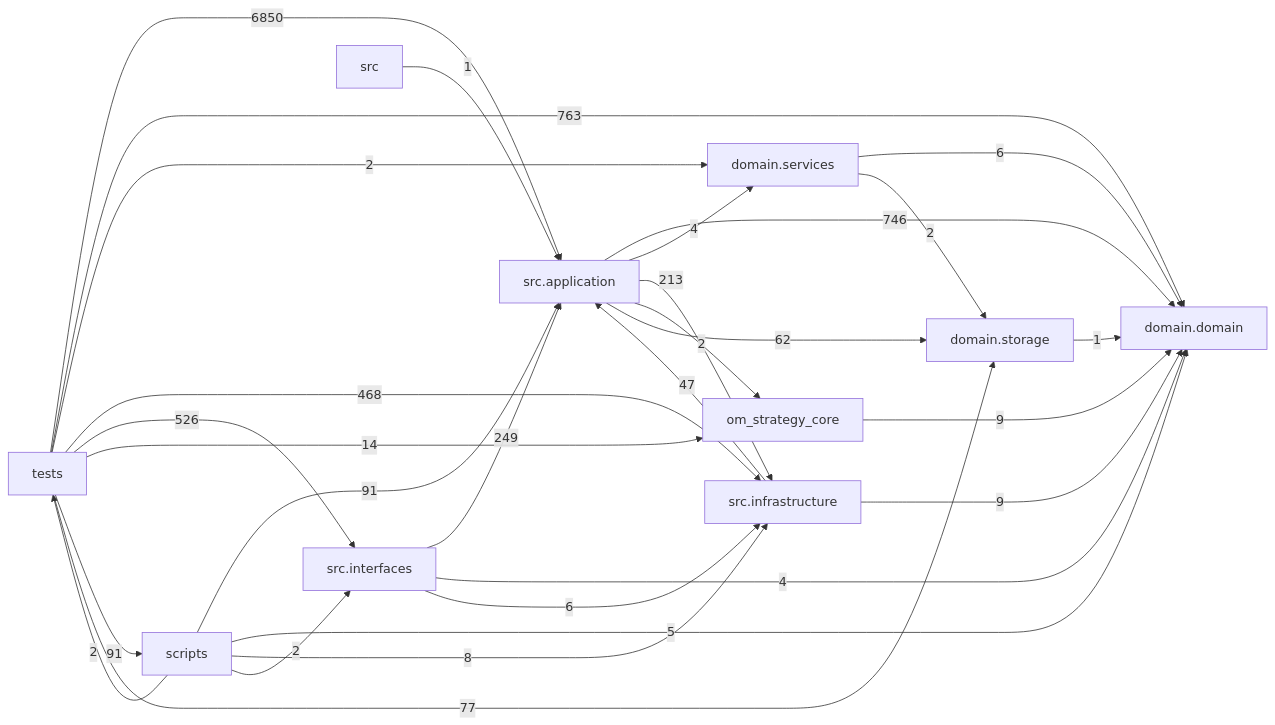
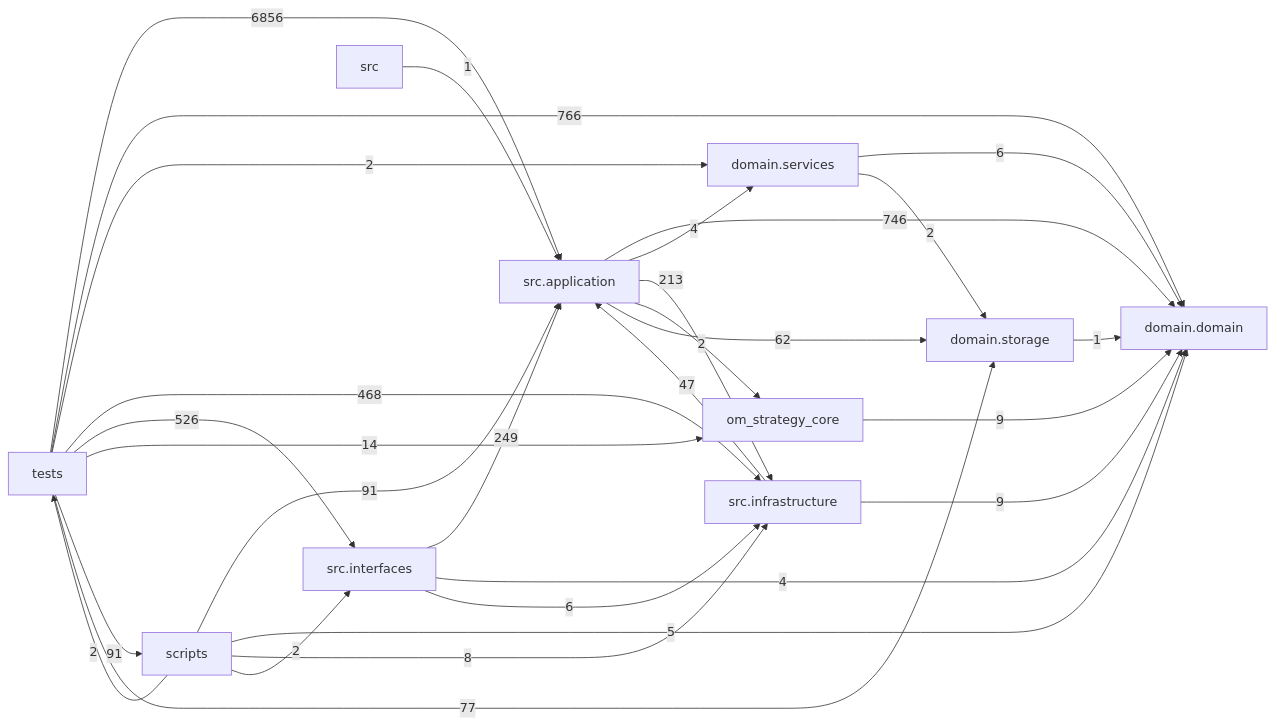
The diagram in docs/DEPENDENCY_GRAPH.md (liuxie066/options-monitor), drawn with Mermaid before and after one commit. The commit also changed other lines of this file and 8 other files, not shown here.

````diff
--- a/docs/DEPENDENCY_GRAPH.md
+++ b/docs/DEPENDENCY_GRAPH.md
@@ -24,39 +24,39 @@
 ```mermaid
 flowchart LR
   tests["tests"]
   scripts["scripts"]
   interfaces["src.interfaces"]
   application["src.application"]
   infrastructure["src.infrastructure"]
   domain_services["domain.services"]
   domain["domain.domain"]
   storage["domain.storage"]
   application -->|746| domain
   application -->|4| domain_services
   application -->|213| infrastructure
   application -->|2| om_strategy_core
   application -->|62| storage
   domain_services -->|6| domain
   domain_services -->|2| storage
   infrastructure -->|47| application
   infrastructure -->|9| domain
   interfaces -->|249| application
   interfaces -->|4| domain
   interfaces -->|6| infrastructure
   om_strategy_core -->|9| domain
   scripts -->|91| application
   scripts -->|5| domain
   scripts -->|8| infrastructure
   scripts -->|2| interfaces
   scripts -->|2| tests
   src -->|1| application
   storage -->|1| domain
-  tests -->|6850| application
-  tests -->|763| domain
+  tests -->|6856| application
+  tests -->|766| domain
   tests -->|2| domain_services
   tests -->|468| infrastructure
   tests -->|526| interfaces
   tests -->|14| om_strategy_core
   tests -->|91| scripts
   tests -->|77| storage
 ```
````
